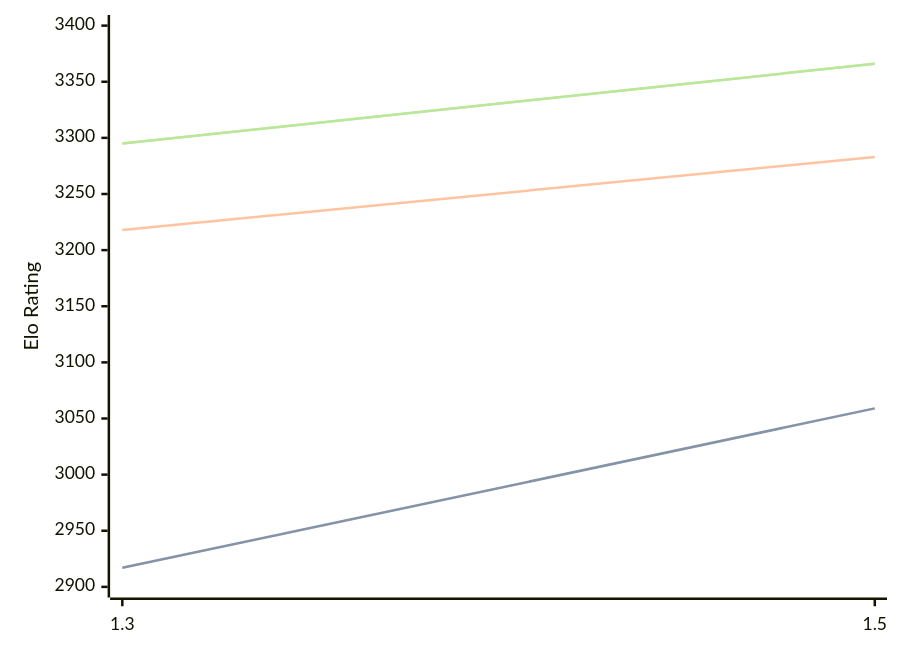
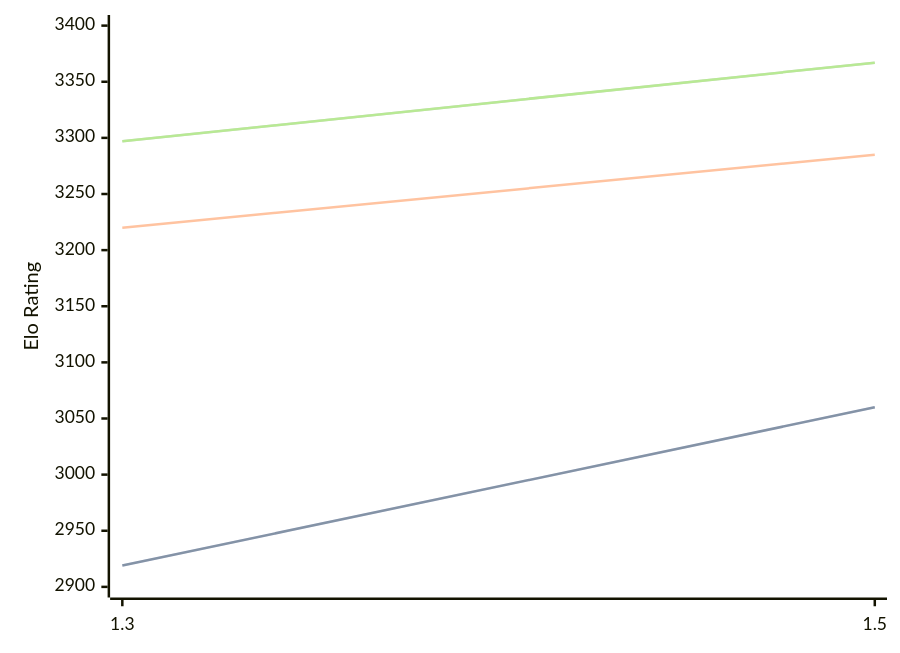
One commit to computer-chess-index/cci changed the diagram in engines/Lambergar.md. Above: the diagram before and after it, drawn with Mermaid. The commit also changed other lines of this file, not shown here.

Commit message:
Update CCI Ratings (ELO VLTC) - 2026-10-09

````diff
--- a/engines/Lambergar.md
+++ b/engines/Lambergar.md
@@ -32,11 +32,11 @@
 ```mermaid
 %%{init: {"theme":"base","themeVariables":{"seriesColors:['#a3a3a3','#222221','#faa371']}}}%%
 xychart-beta
   x-axis ["1.3", "1.5"]
   y-axis "Elo Rating" 2900 --> 3400
-  line "" [2917, 3059]
-  line "STC (8.0+0.08s)" [2917, 3059]
-  line "LTC (60.0+0.60s)" [3218, 3283]
-  line "" [3295, 3366]
-  line "VLTC (2m24s+1.12s)" [3295, 3366]
+  line "" [2919, 3060]
+  line "STC (8.0+0.08s)" [2919, 3060]
+  line "LTC (60.0+0.60s)" [3220, 3285]
+  line "" [3297, 3367]
+  line "VLTC (2m24s+1.12s)" [3297, 3367]
 ```
````
